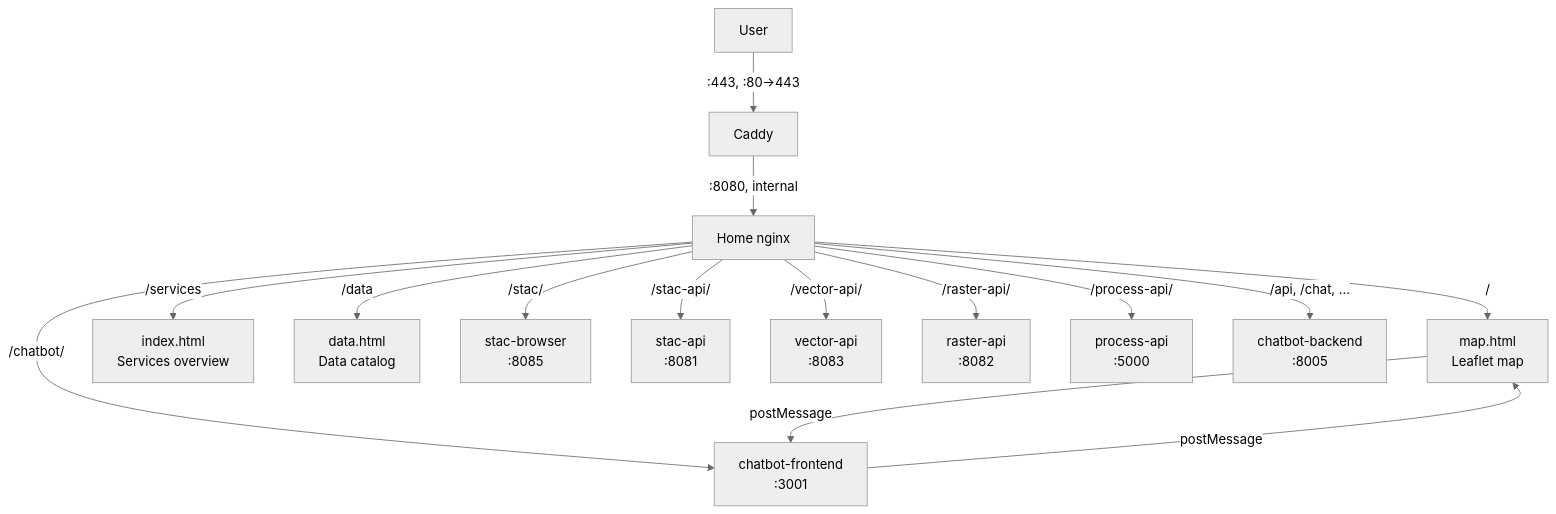
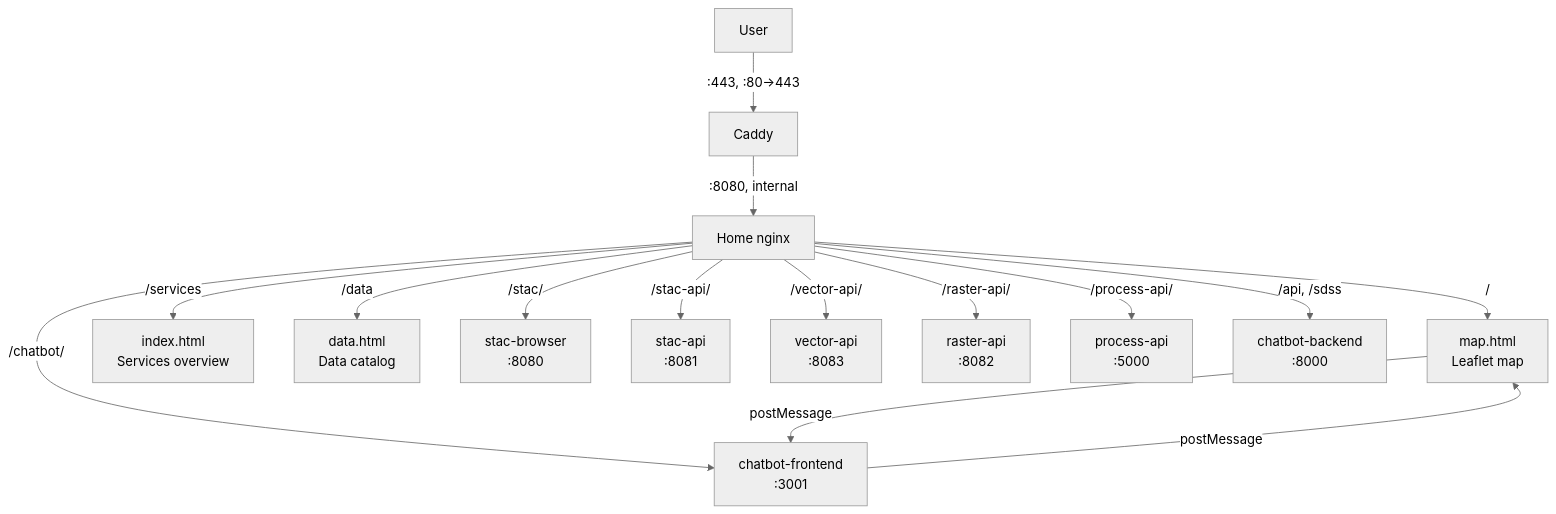
The diagram in frontend/home/README.md (jeremie-durand/Agri-SDSS), drawn with Mermaid (neutral theme) before and after one commit. The commit also changed other lines of this file and 1 other file, not shown here.

````diff
--- a/frontend/home/README.md
+++ b/frontend/home/README.md
@@ -29,19 +29,19 @@
 ```mermaid
 graph TD
     User -->|:443, :80→443| Caddy[Caddy] -->|:8080, internal| Home[Home nginx]
 
     Home -->|/| Map[map.html<br/>Leaflet map]
     Home -->|/services| Services[index.html<br/>Services overview]
     Home -->|/data| Data[data.html<br/>Data catalog]
-    Home -->|/stac/| STAC[stac-browser<br/>:8085]
+    Home -->|/stac/| STAC[stac-browser<br/>:8080]
     Home -->|/chatbot/| Chatbot[chatbot-frontend<br/>:3001]
 
     Home -->|/stac-api/| StacAPI[stac-api<br/>:8081]
     Home -->|/vector-api/| VectorAPI[vector-api<br/>:8083]
     Home -->|/raster-api/| RasterAPI[raster-api<br/>:8082]
     Home -->|/process-api/| PyGeoAPI[process-api<br/>:5000]
-    Home -->|/api, /chat, ...| ChatbotAPI[chatbot-backend<br/>:8005]
+    Home -->|/api, /sdss| ChatbotAPI[chatbot-backend<br/>:8000]
 
     Map -->|postMessage| Chatbot
     Chatbot -->|postMessage| Map
 ```
````
